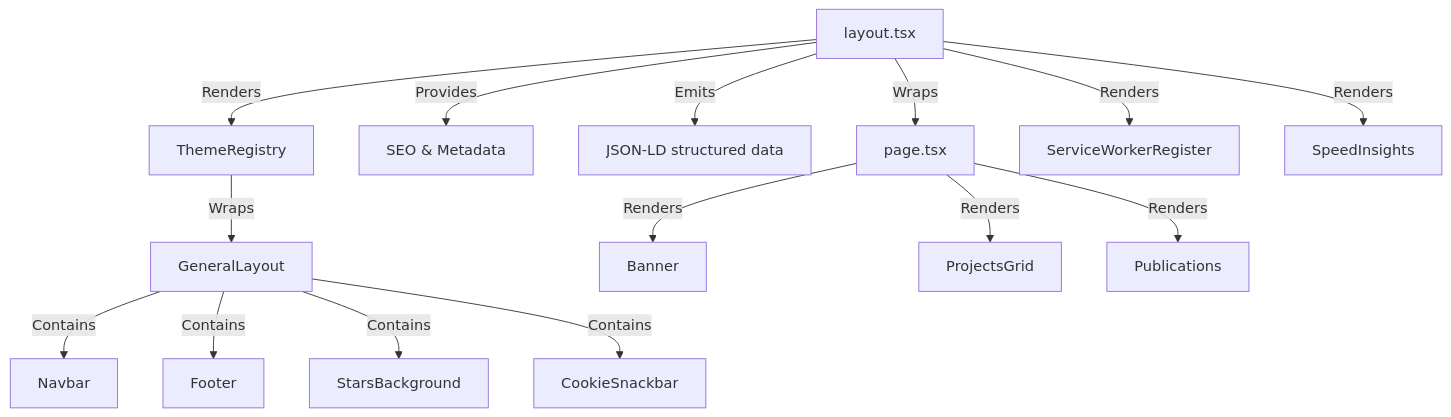
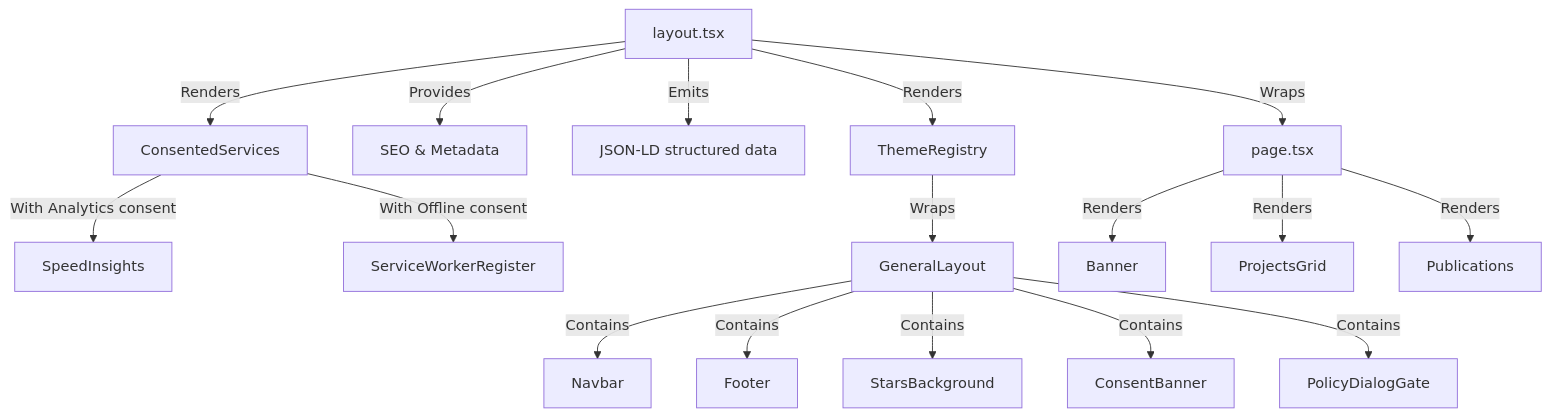
One commit to AlexJSully/AlexJSully-Portfolio changed the diagram in docs/architecture/app-directory.md. Above: the diagram before and after it, drawn with Mermaid. The commit also changed other lines of this file and 124 other files, not shown here.

````diff
--- a/docs/architecture/app-directory.md
+++ b/docs/architecture/app-directory.md
@@ -22,19 +25,21 @@
 ```mermaid
 flowchart TD
     accTitle: App Router Component Hierarchy
-    accDescr: layout.tsx wraps all routes, provides metadata and JSON-LD structured data, and renders ThemeRegistry, ServiceWorkerRegister, and SpeedInsights. ThemeRegistry wraps GeneralLayout, which contains Navbar, Footer, StarsBackground and CookieSnackbar. page.tsx renders Banner, ProjectsGrid, and Publications
+    accDescr: layout.tsx wraps all routes, provides metadata and JSON-LD structured data, and renders ThemeRegistry and ConsentedServices, which starts SpeedInsights and ServiceWorkerRegister only with consent. ThemeRegistry wraps GeneralLayout, which contains ConsentBanner, Navbar, Footer, StarsBackground, and PolicyDialogGate. page.tsx renders Banner, ProjectsGrid, and Publications
     Layout[layout.tsx] -->|Wraps| Page[page.tsx]
     Layout -->|Provides| Metadata[SEO & Metadata]
     Layout -->|Emits| JSONLD[JSON-LD structured data]
     Layout -->|Renders| TR[ThemeRegistry]
-    Layout -->|Renders| SW[ServiceWorkerRegister]
-    Layout -->|Renders| SI[SpeedInsights]
+    Layout -->|Renders| CS[ConsentedServices]
+    CS -->|With Analytics consent| SI[SpeedInsights]
+    CS -->|With Offline consent| SW[ServiceWorkerRegister]
     TR -->|Wraps| GL[GeneralLayout]
     GL -->|Contains| Navbar
     GL -->|Contains| Footer
     GL -->|Contains| Stars[StarsBackground]
-    GL -->|Contains| Cookie[CookieSnackbar]
+    GL -->|Contains| Consent[ConsentBanner]
+    GL -->|Contains| Policy[PolicyDialogGate]
     Page -->|Renders| Banner
     Page -->|Renders| Projects[ProjectsGrid]
     Page -->|Renders| Pubs[Publications]
 ```
````
